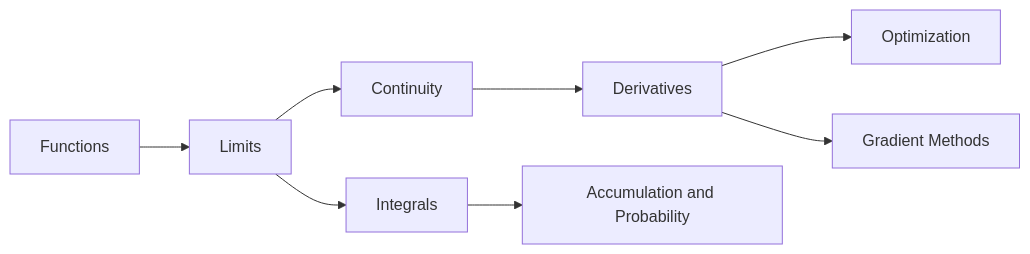
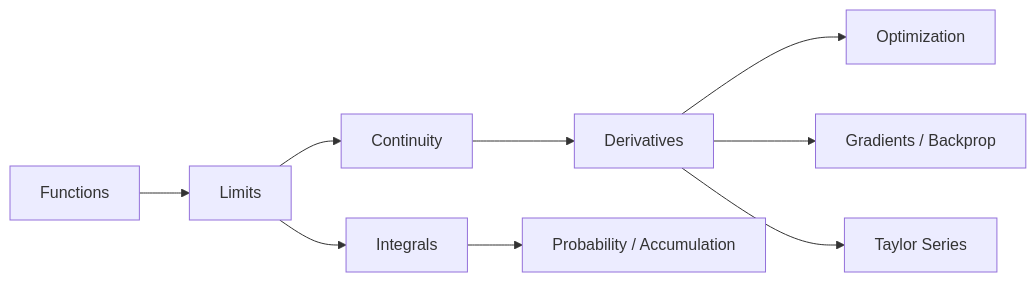
One commit to kanthi/books changed the diagram in books/Maths/content/08-Calculus/00-intro.md. Above: the diagram before and after it, drawn with Mermaid. The commit also changed other lines of this file and 45 other files, not shown here.

````diff
--- a/books/Maths/content/08-Calculus/00-intro.md
+++ b/books/Maths/content/08-Calculus/00-intro.md
@@ -37,10 +25,11 @@
 ```mermaid
 flowchart LR
   A[Functions] --> B[Limits]
   B --> C[Continuity]
   C --> D[Derivatives]
   D --> E[Optimization]
-  D --> F[Gradient Methods]
+  D --> F[Gradients / Backprop]
   B --> G[Integrals]
-  G --> H[Accumulation and Probability]
+  G --> H[Probability / Accumulation]
+  D --> I[Taylor Series]
 ```
````
